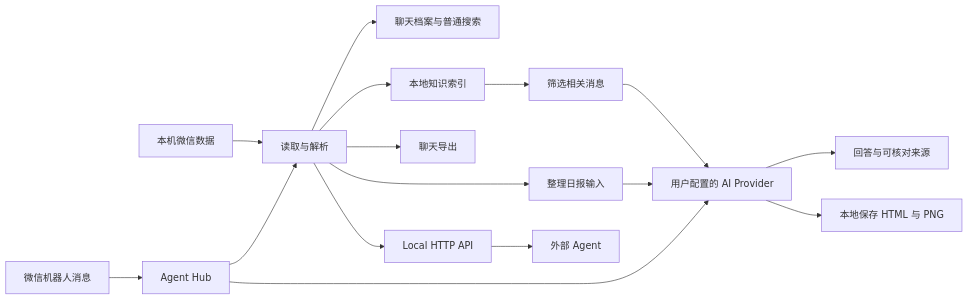
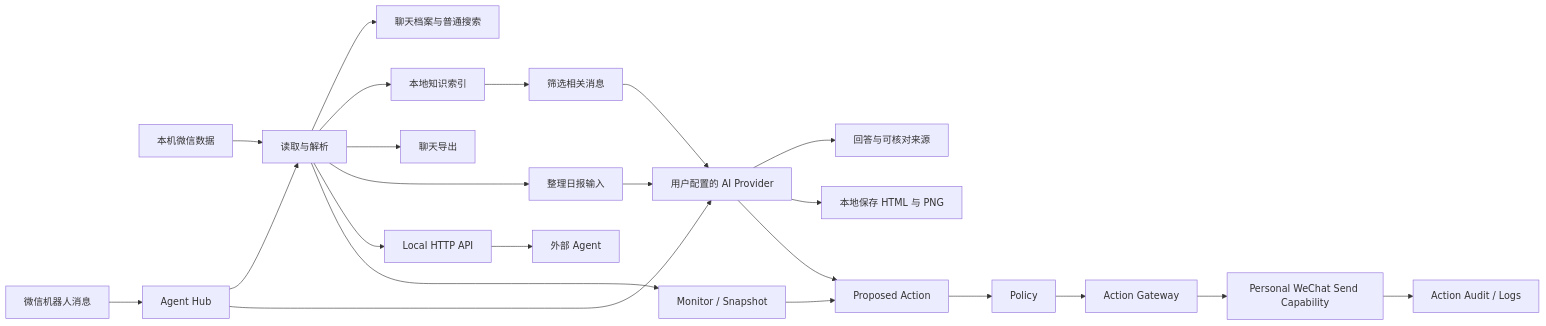
The diagram in docs/concepts/how-it-works.md (MichaelC001/WechatExplorer), drawn with Mermaid before and after one commit. The commit also changed other lines of this file and 5 other files, not shown here.

````diff
--- a/docs/concepts/how-it-works.md
+++ b/docs/concepts/how-it-works.md
@@ -5,18 +5,25 @@
 ```mermaid
 flowchart LR
   A[本机微信数据] --> B[读取与解析]
   B --> C[聊天档案与普通搜索]
   B --> D[本地知识索引]
   D --> E[筛选相关消息]
   E --> F[用户配置的 AI Provider]
   F --> G[回答与可核对来源]
   B --> H[聊天导出]
   B --> I[整理日报输入]
   I --> F
   F --> J[本地保存 HTML 与 PNG]
   B --> K[Local HTTP API]
   K --> L[外部 Agent]
   M[微信机器人消息] --> N[Agent Hub]
   N --> B
   N --> F
+  B --> O[Monitor / Snapshot]
+  O --> P[Proposed Action]
+  F --> P
+  P --> Q[Policy]
+  Q --> R[Action Gateway]
+  R --> S[Personal WeChat Send Capability]
+  S --> T[Action Audit / Logs]
 ```
````
